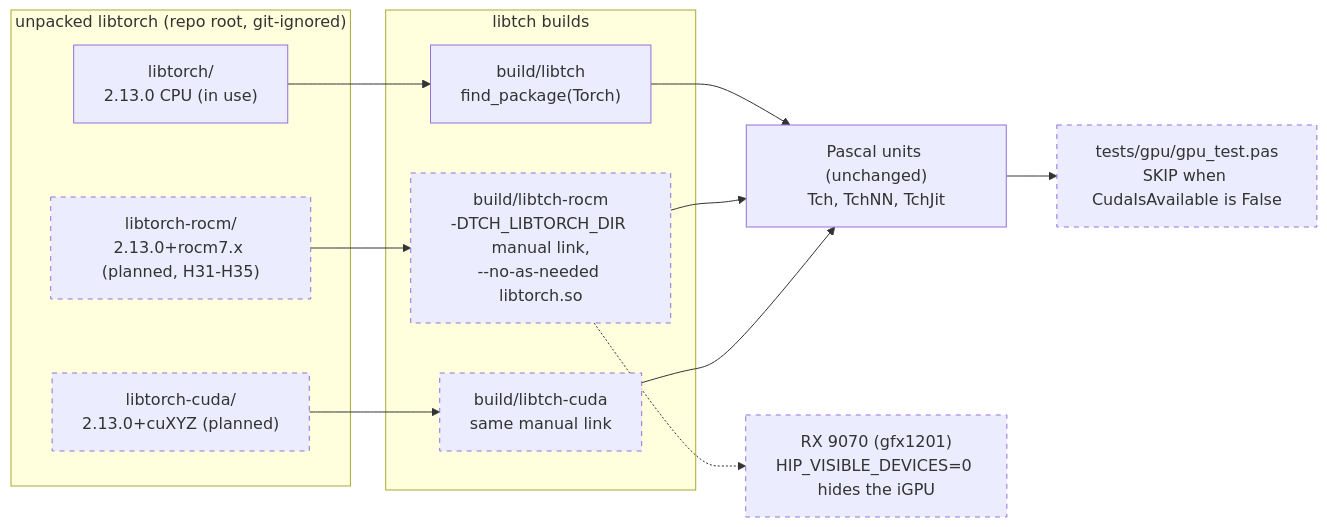
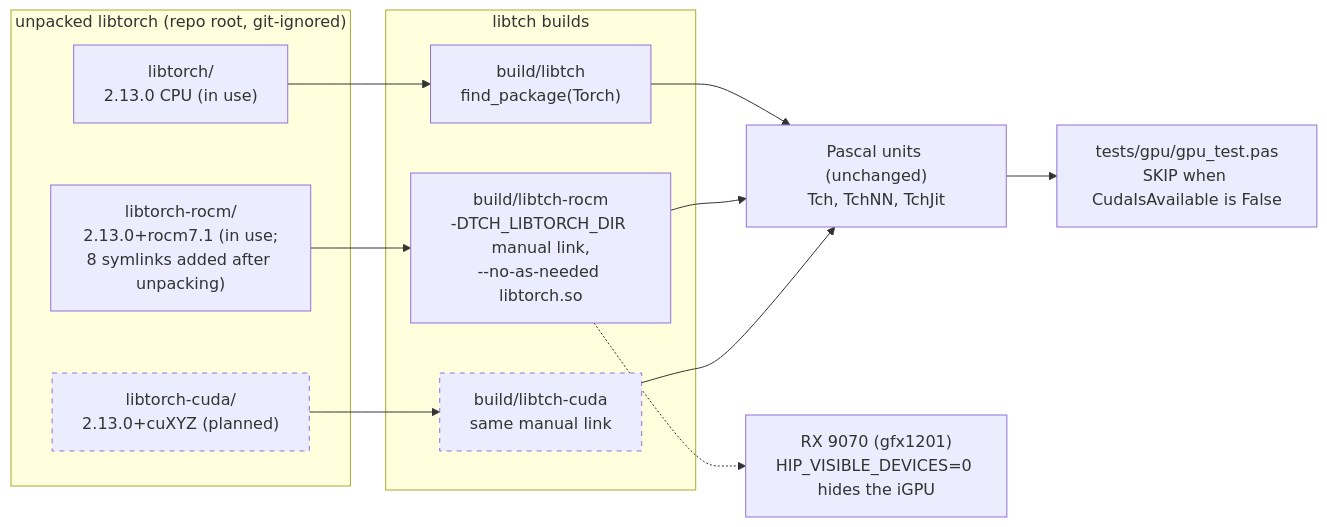
The eighth of 8 diagrams in docs/UML.md (tankoha/tch-fpc), drawn with Mermaid before and after one commit. The commit also changed other lines of this file and 15 other files, not shown here.

````diff
--- a/docs/UML.md
+++ b/docs/UML.md
@@ -520,26 +522,26 @@
 ```mermaid
 flowchart LR
   subgraph Archives["unpacked libtorch (repo root, git-ignored)"]
     CPU["libtorch/<br/>2.13.0 CPU (in use)"]
-    ROCM["libtorch-rocm/<br/>2.13.0+rocm7.x (planned, H31-H35)"]
+    ROCM["libtorch-rocm/<br/>2.13.0+rocm7.1 (in use;<br/>8 symlinks added after unpacking)"]
     CUDA["libtorch-cuda/<br/>2.13.0+cuXYZ (planned)"]
   end
   subgraph Builds["libtch builds"]
     B1["build/libtch<br/>find_package(Torch)"]
     B2["build/libtch-rocm<br/>-DTCH_LIBTORCH_DIR manual link,<br/>--no-as-needed libtorch.so"]
     B3["build/libtch-cuda<br/>same manual link"]
   end
   P["Pascal units (unchanged)<br/>Tch, TchNN, TchJit"]
   T["tests/gpu/gpu_test.pas<br/>SKIP when CudaIsAvailable is False"]
   HW["RX 9070 (gfx1201)<br/>HIP_VISIBLE_DEVICES=0 hides the iGPU"]
   CPU --> B1
   ROCM --> B2
   CUDA --> B3
   B1 --> P
   B2 --> P
   B3 --> P
   P --> T
   B2 -.-> HW
   classDef planned stroke-dasharray: 5 5
-  class ROCM,CUDA,B2,B3,T,HW planned
+  class CUDA,B3 planned
 ```
````
